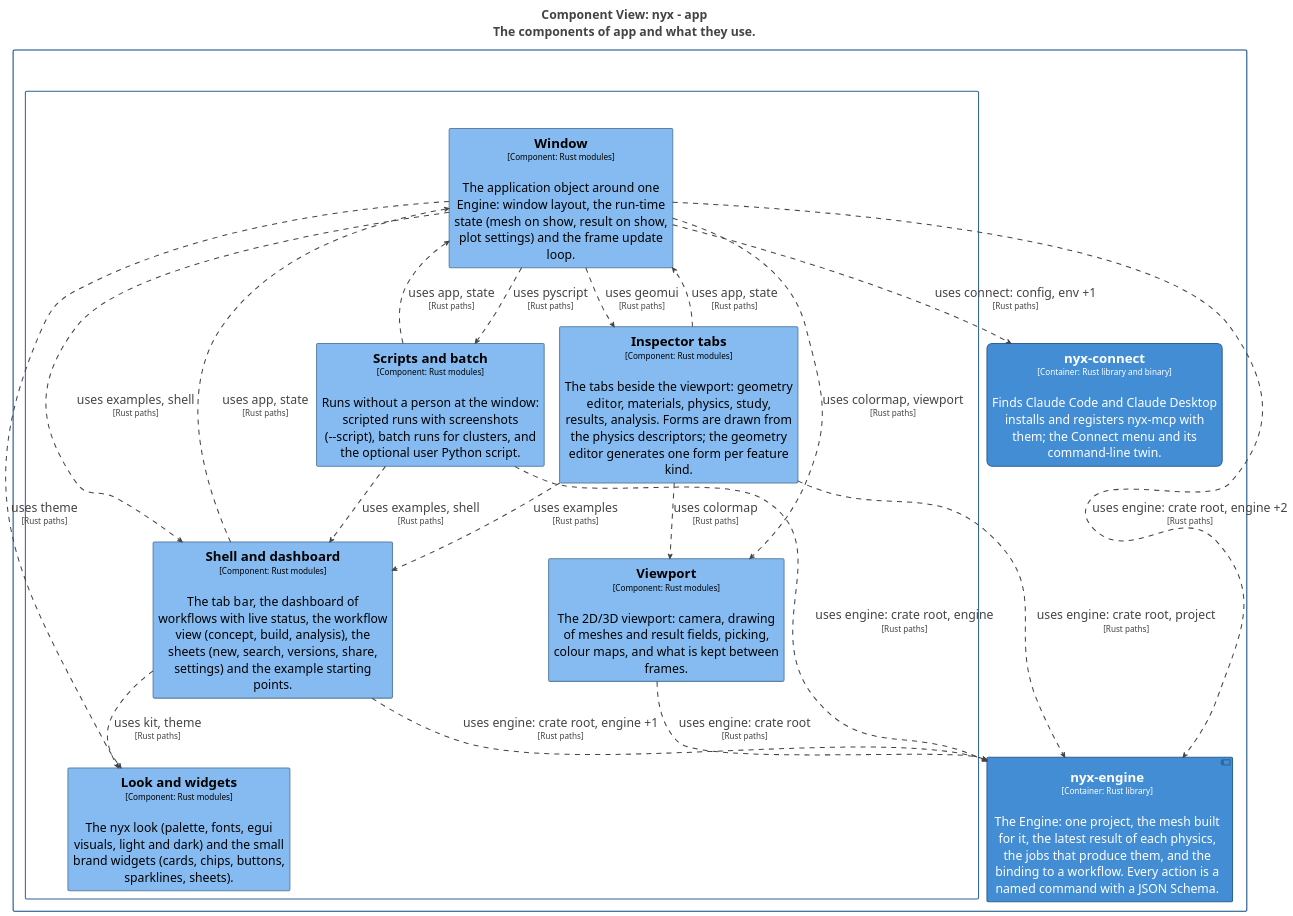
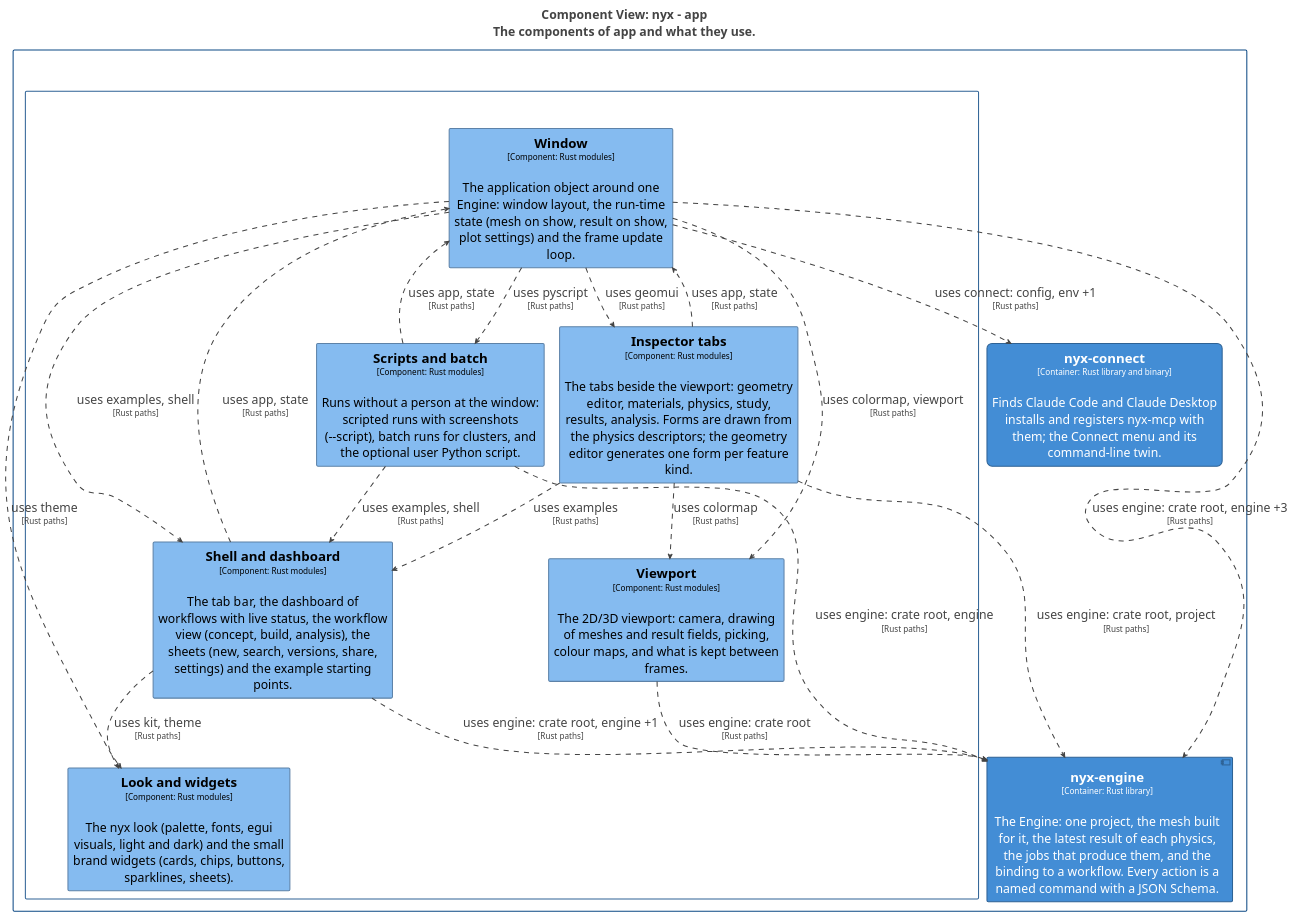
Before and after one commit to p-j-r/nyx: the diagram in docs/architecture/c4/export/plantuml/structurizr-Components_app.puml, drawn with PlantUML. The commit also changed 27 other files, not shown here.

First line of the commit message:
Windows: the window, nyx --batch and nyx-mcp opt out of power throttling at start-up (nyx_engine::process); timing only, no number changes

```diff
--- a/docs/architecture/c4/export/plantuml/structurizr-Components_app.puml
+++ b/docs/architecture/c4/export/plantuml/structurizr-Components_app.puml
@@ -1,117 +1,117 @@
 @startuml
 title <size:24>Component View: nyx - app</size>\n<size:24>The components of app and what they use.</size>
 
 set separator none
 top to bottom direction
 skinparam ranksep 60
 skinparam nodesep 30
 hide stereotype
 
 <style>
   root {
     BackgroundColor: #ffffff;
     FontColor: #444444;
   }
   // Element,Component
   .Element-RWxlbWVudCxDb21wb25lbnQ= {
     BackgroundColor: #85bbf0;
     LineColor: #5d82a8;
     LineStyle: 0;
     LineThickness: 2;
     FontColor: #000000;
     FontSize: 24;
     HorizontalAlignment: center;
     Shadowing: 0;
     MaximumWidth: 450;
   }
   // Element,Container,Executable
   .Element-RWxlbWVudCxDb250YWluZXIsRXhlY3V0YWJsZQ== {
     BackgroundColor: #438dd5;
     LineColor: #2e6295;
     LineStyle: 0;
     LineThickness: 2;
     RoundCorner: 20;
     FontColor: #ffffff;
     FontSize: 24;
     HorizontalAlignment: center;
     Shadowing: 0;
     MaximumWidth: 450;
   }
   // Element,Container,Library
   .Element-RWxlbWVudCxDb250YWluZXIsTGlicmFyeQ== {
     BackgroundColor: #438dd5;
     LineColor: #2e6295;
     LineStyle: 0;
     LineThickness: 2;
     FontColor: #ffffff;
     FontSize: 24;
     HorizontalAlignment: center;
     Shadowing: 0;
     MaximumWidth: 450;
   }
   // Relationship
   .Relationship-UmVsYXRpb25zaGlw {
     LineThickness: 2;
     LineStyle: 10-10;
     LineColor: #444444;
     FontColor: #444444;
     FontSize: 24;
   }
   // app
   .Boundary-YXBw {
     BackgroundColor: #ffffff;
     LineColor: #2e6295;
     LineStyle: 0;
     LineThickness: 2;
     FontColor: #ffffff;
     FontSize: 24;
     HorizontalAlignment: center;
     Shadowing: 0;
   }
   // nyx
   .Boundary-bnl4 {
     BackgroundColor: #ffffff;
     LineColor: #0b4884;
     LineStyle: 0;
     LineThickness: 2;
     FontColor: #ffffff;
     FontSize: 24;
     HorizontalAlignment: center;
     Shadowing: 0;
   }
 </style>
 
 rectangle "nyx\n<size:16>[Software System]</size>" <<Boundary-bnl4>> {
   rectangle "app\n<size:16>[Container: Rust, eframe/egui]</size>" <<Boundary-YXBw>> {
     rectangle "==Viewport\n<size:16>[Component: Rust modules]</size>\n\nThe 2D/3D viewport: camera, drawing of meshes and result fields, picking, colour maps, and what is kept between frames." <<Element-RWxlbWVudCxDb21wb25lbnQ=>> as nyx.app.Viewport
     rectangle "==Look and widgets\n<size:16>[Component: Rust modules]</size>\n\nThe nyx look (palette, fonts, egui visuals, light and dark) and the small brand widgets (cards, chips, buttons, sparklines, sheets)." <<Element-RWxlbWVudCxDb21wb25lbnQ=>> as nyx.app.Lookandwidgets
     rectangle "==Scripts and batch\n<size:16>[Component: Rust modules]</size>\n\nRuns without a person at the window: scripted runs with screenshots (--script), batch runs for clusters, and the optional user Python script." <<Element-RWxlbWVudCxDb21wb25lbnQ=>> as nyx.app.Scriptsandbatch
     rectangle "==Window\n<size:16>[Component: Rust modules]</size>\n\nThe application object around one Engine: window layout, the run-time state (mesh on show, result on show, plot settings) and the frame update loop." <<Element-RWxlbWVudCxDb21wb25lbnQ=>> as nyx.app.Window
     rectangle "==Shell and dashboard\n<size:16>[Component: Rust modules]</size>\n\nThe tab bar, the dashboard of workflows with live status, the workflow view (concept, build, analysis), the sheets (new, search, versions, share, settings) and the example starting points." <<Element-RWxlbWVudCxDb21wb25lbnQ=>> as nyx.app.Shellanddashboard
     rectangle "==Inspector tabs\n<size:16>[Component: Rust modules]</size>\n\nThe tabs beside the viewport: geometry editor, materials, physics, study, results, analysis. Forms are drawn from the physics descriptors; the geometry editor generates one form per feature kind." <<Element-RWxlbWVudCxDb21wb25lbnQ=>> as nyx.app.Inspectortabs
   }
 
   rectangle "==nyx-connect\n<size:16>[Container: Rust library and binary]</size>\n\nFinds Claude Code and Claude Desktop installs and registers nyx-mcp with them; the Connect menu and its command-line twin." <<Element-RWxlbWVudCxDb250YWluZXIsRXhlY3V0YWJsZQ==>> as nyx.nyxconnect
   component "==nyx-engine\n<size:16>[Container: Rust library]</size>\n\nThe Engine: one project, the mesh built for it, the latest result of each physics, the jobs that produce them, and the binding to a workflow. Every action is a named command with a JSON Schema." <<Element-RWxlbWVudCxDb250YWluZXIsTGlicmFyeQ==>> as nyx.nyxengine
 }
 
 nyx.app.Scriptsandbatch --> nyx.nyxengine <<Relationship-UmVsYXRpb25zaGlw>> : "uses engine: crate root, engine\n<size:16>[Rust paths]</size>"
 nyx.app.Scriptsandbatch --> nyx.app.Shellanddashboard <<Relationship-UmVsYXRpb25zaGlw>> : "uses examples, shell\n<size:16>[Rust paths]</size>"
 nyx.app.Scriptsandbatch --> nyx.app.Window <<Relationship-UmVsYXRpb25zaGlw>> : "uses app, state\n<size:16>[Rust paths]</size>"
 nyx.app.Inspectortabs --> nyx.nyxengine <<Relationship-UmVsYXRpb25zaGlw>> : "uses engine: crate root, project\n<size:16>[Rust paths]</size>"
 nyx.app.Inspectortabs --> nyx.app.Shellanddashboard <<Relationship-UmVsYXRpb25zaGlw>> : "uses examples\n<size:16>[Rust paths]</size>"
 nyx.app.Inspectortabs --> nyx.app.Viewport <<Relationship-UmVsYXRpb25zaGlw>> : "uses colormap\n<size:16>[Rust paths]</size>"
 nyx.app.Inspectortabs --> nyx.app.Window <<Relationship-UmVsYXRpb25zaGlw>> : "uses app, state\n<size:16>[Rust paths]</size>"
 nyx.app.Shellanddashboard --> nyx.nyxengine <<Relationship-UmVsYXRpb25zaGlw>> : "uses engine: crate root, engine +1\n<size:16>[Rust paths]</size>"
 nyx.app.Shellanddashboard --> nyx.app.Lookandwidgets <<Relationship-UmVsYXRpb25zaGlw>> : "uses kit, theme\n<size:16>[Rust paths]</size>"
 nyx.app.Shellanddashboard --> nyx.app.Window <<Relationship-UmVsYXRpb25zaGlw>> : "uses app, state\n<size:16>[Rust paths]</size>"
 nyx.app.Viewport --> nyx.nyxengine <<Relationship-UmVsYXRpb25zaGlw>> : "uses engine: crate root\n<size:16>[Rust paths]</size>"
 nyx.app.Window --> nyx.nyxconnect <<Relationship-UmVsYXRpb25zaGlw>> : "uses connect: config, env +1\n<size:16>[Rust paths]</size>"
-nyx.app.Window --> nyx.nyxengine <<Relationship-UmVsYXRpb25zaGlw>> : "uses engine: crate root, engine +2\n<size:16>[Rust paths]</size>"
+nyx.app.Window --> nyx.nyxengine <<Relationship-UmVsYXRpb25zaGlw>> : "uses engine: crate root, engine +3\n<size:16>[Rust paths]</size>"
 nyx.app.Window --> nyx.app.Scriptsandbatch <<Relationship-UmVsYXRpb25zaGlw>> : "uses pyscript\n<size:16>[Rust paths]</size>"
 nyx.app.Window --> nyx.app.Inspectortabs <<Relationship-UmVsYXRpb25zaGlw>> : "uses geomui\n<size:16>[Rust paths]</size>"
 nyx.app.Window --> nyx.app.Shellanddashboard <<Relationship-UmVsYXRpb25zaGlw>> : "uses examples, shell\n<size:16>[Rust paths]</size>"
 nyx.app.Window --> nyx.app.Lookandwidgets <<Relationship-UmVsYXRpb25zaGlw>> : "uses theme\n<size:16>[Rust paths]</size>"
 nyx.app.Window --> nyx.app.Viewport <<Relationship-UmVsYXRpb25zaGlw>> : "uses colormap, viewport\n<size:16>[Rust paths]</size>"
 
 @enduml
```
